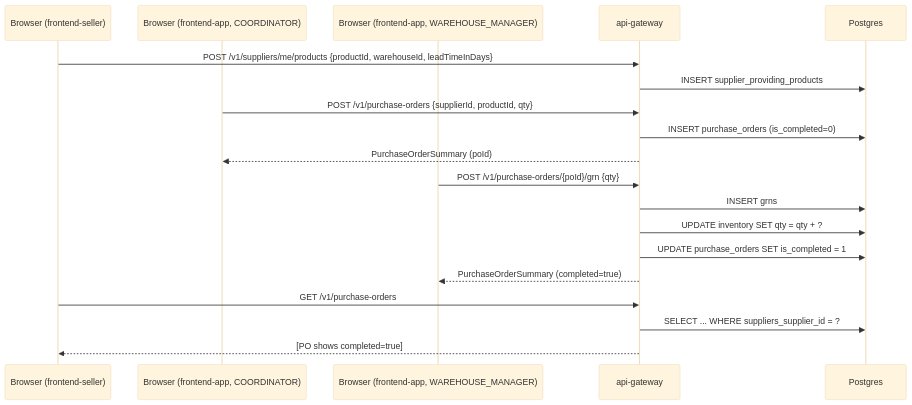
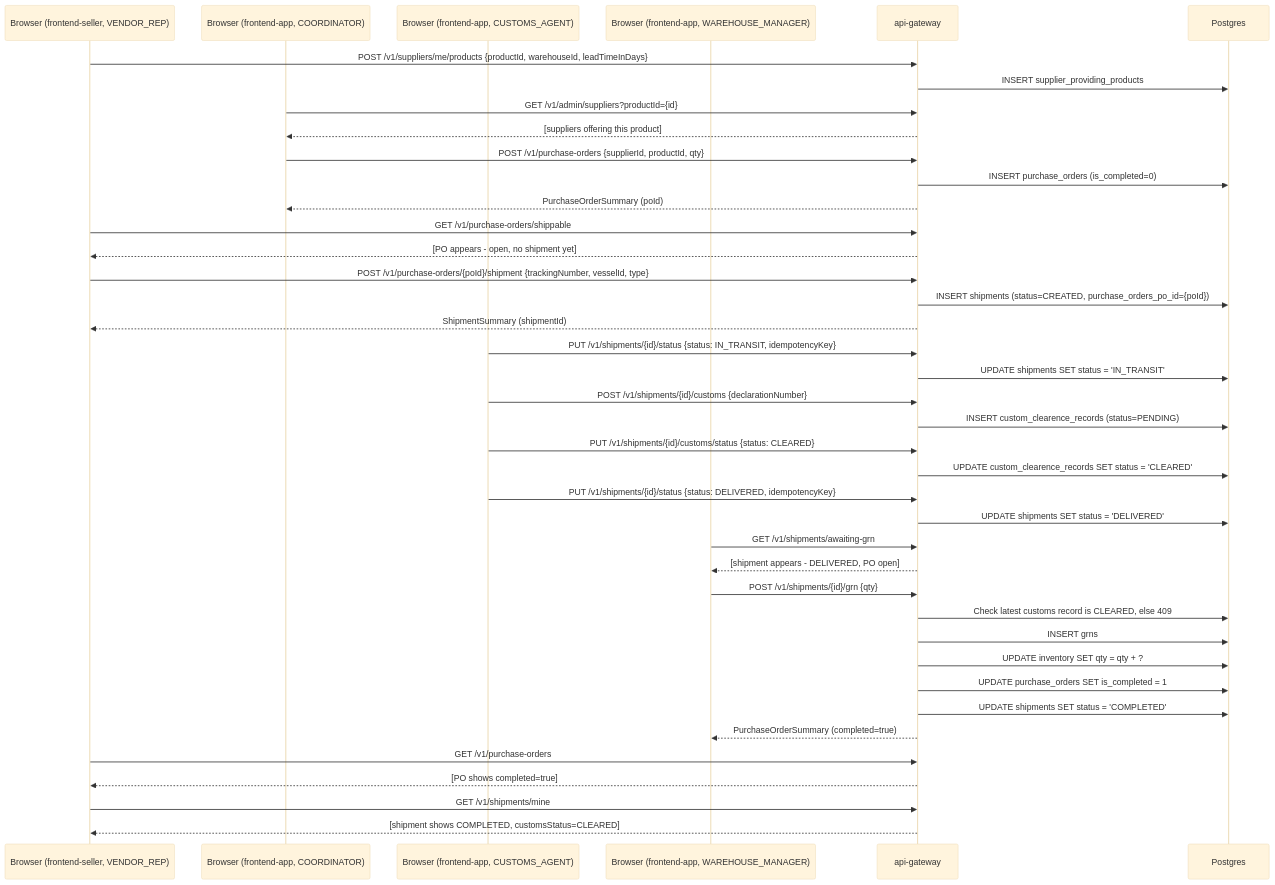
Before and after one commit to wishva-kalhara/GlobalTradeLogistics: diagram 22 of 26 in .no-build/docs/E2E_FLOWS.md, drawn with Mermaid (base theme). The commit also changed other lines of this file and 5 other files, not shown here.

````diff
--- a/.no-build/docs/E2E_FLOWS.md
+++ b/.no-build/docs/E2E_FLOWS.md
@@ -295,25 +357,48 @@
 ```mermaid
 sequenceDiagram
-    participant Seller as Browser (frontend-seller)
-    participant Staff1 as Browser (frontend-app, COORDINATOR)
-    participant Staff2 as Browser (frontend-app, WAREHOUSE_MANAGER)
+    participant Seller as Browser (frontend-seller, VENDOR_REP)
+    participant Coord as Browser (frontend-app, COORDINATOR)
+    participant Customs as Browser (frontend-app, CUSTOMS_AGENT)
+    participant WM as Browser (frontend-app, WAREHOUSE_MANAGER)
     participant GW as api-gateway
     participant DB as Postgres
 
     Seller->>GW: POST /v1/suppliers/me/products {productId, warehouseId, leadTimeInDays}
     GW->>DB: INSERT supplier_providing_products
 
-    Staff1->>GW: POST /v1/purchase-orders {supplierId, productId, qty}
+    Coord->>GW: GET /v1/admin/suppliers?productId={id}
+    GW-->>Coord: [suppliers offering this product]
+    Coord->>GW: POST /v1/purchase-orders {supplierId, productId, qty}
     GW->>DB: INSERT purchase_orders (is_completed=0)
-    GW-->>Staff1: PurchaseOrderSummary (poId)
+    GW-->>Coord: PurchaseOrderSummary (poId)
 
-    Staff2->>GW: POST /v1/purchase-orders/{poId}/grn {qty}
+    Seller->>GW: GET /v1/purchase-orders/shippable
+    GW-->>Seller: [PO appears - open, no shipment yet]
+    Seller->>GW: POST /v1/purchase-orders/{poId}/shipment {trackingNumber, vesselId, type}
+    GW->>DB: INSERT shipments (status=CREATED, purchase_orders_po_id={poId})
+    GW-->>Seller: ShipmentSummary (shipmentId)
+
+    Customs->>GW: PUT /v1/shipments/{id}/status {status: IN_TRANSIT, idempotencyKey}
+    GW->>DB: UPDATE shipments SET status = 'IN_TRANSIT'
+    Customs->>GW: POST /v1/shipments/{id}/customs {declarationNumber}
+    GW->>DB: INSERT custom_clearence_records (status=PENDING)
+    Customs->>GW: PUT /v1/shipments/{id}/customs/status {status: CLEARED}
+    GW->>DB: UPDATE custom_clearence_records SET status = 'CLEARED'
+    Customs->>GW: PUT /v1/shipments/{id}/status {status: DELIVERED, idempotencyKey}
+    GW->>DB: UPDATE shipments SET status = 'DELIVERED'
+
+    WM->>GW: GET /v1/shipments/awaiting-grn
+    GW-->>WM: [shipment appears - DELIVERED, PO open]
+    WM->>GW: POST /v1/shipments/{id}/grn {qty}
+    GW->>DB: Check latest customs record is CLEARED, else 409
     GW->>DB: INSERT grns
     GW->>DB: UPDATE inventory SET qty = qty + ?
     GW->>DB: UPDATE purchase_orders SET is_completed = 1
-    GW-->>Staff2: PurchaseOrderSummary (completed=true)
+    GW->>DB: UPDATE shipments SET status = 'COMPLETED'
+    GW-->>WM: PurchaseOrderSummary (completed=true)
 
     Seller->>GW: GET /v1/purchase-orders
-    GW->>DB: SELECT ... WHERE suppliers_supplier_id = ?
     GW-->>Seller: [PO shows completed=true]
+    Seller->>GW: GET /v1/shipments/mine
+    GW-->>Seller: [shipment shows COMPLETED, customsStatus=CLEARED]
 ```
````
